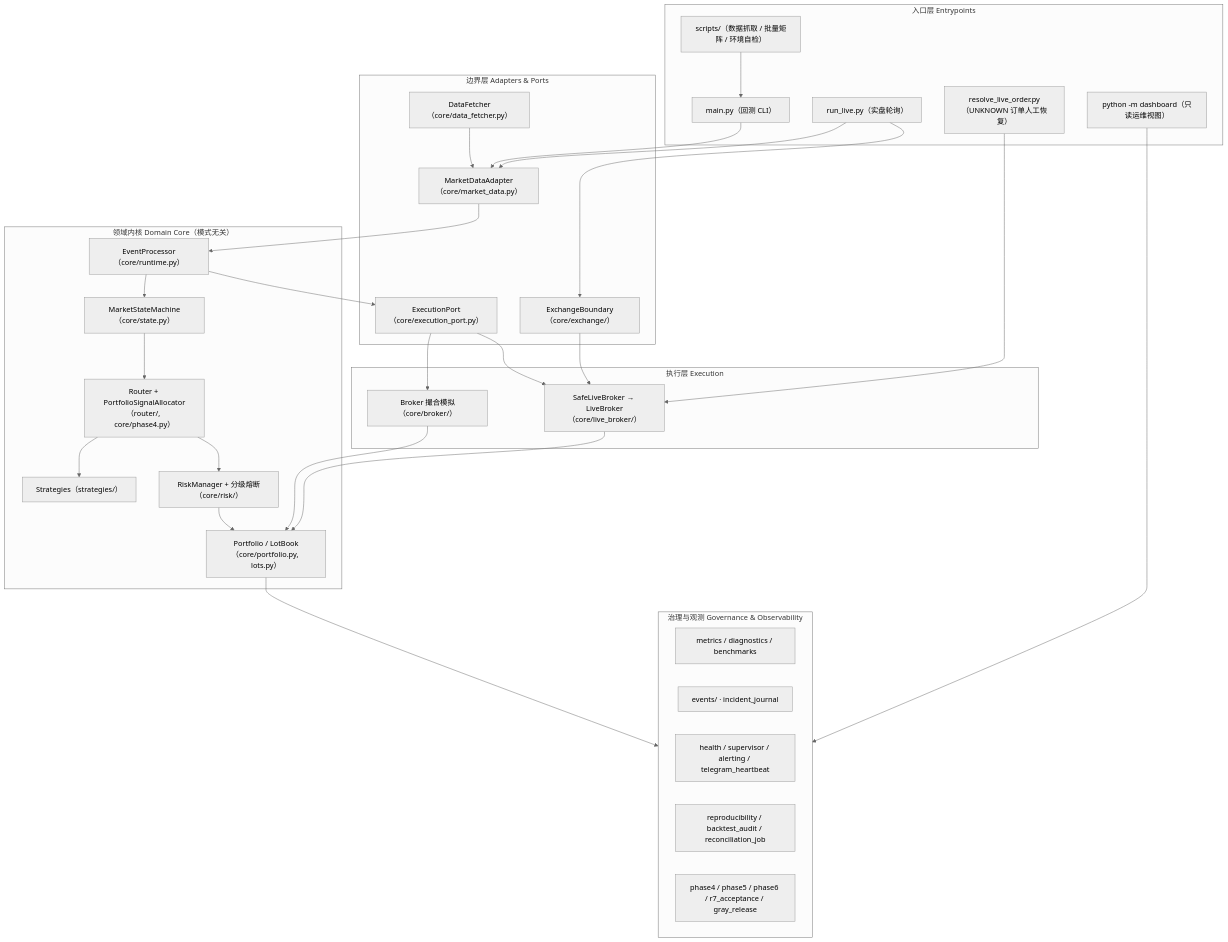
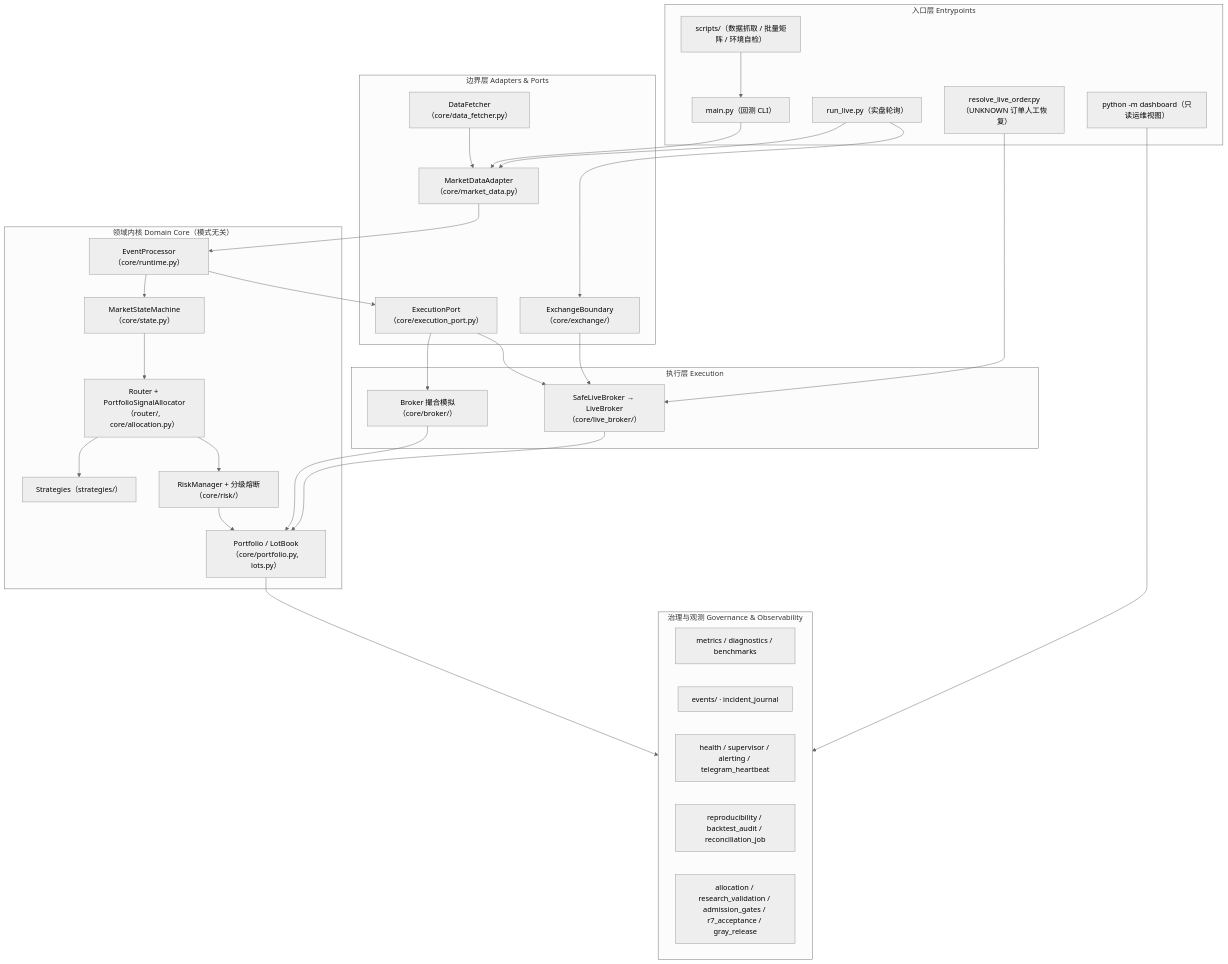
One commit to user-nmmmmm/QuantTradingV2 changed the first of 5 diagrams in README.md. Above: the diagram before and after it, drawn with Mermaid (neutral theme). The commit also changed other lines of this file and 15 other files, not shown here.

First line of the commit message:
Rename roadmap-phase modules after what they do

````diff
--- a/README.md
+++ b/README.md
@@ -64,57 +64,57 @@
 ```mermaid
 flowchart TB
     subgraph ENTRY["入口层 Entrypoints"]
         M["main.py（回测 CLI）"]
         RL["run_live.py（实盘轮询）"]
         RS["resolve_live_order.py（UNKNOWN 订单人工恢复）"]
         DB["python -m dashboard（只读运维视图）"]
         SC["scripts/（数据抓取 / 批量矩阵 / 环境自检）"]
     end
 
     subgraph BOUND["边界层 Adapters & Ports"]
         MDA["MarketDataAdapter（core/market_data.py）"]
         EXP["ExecutionPort（core/execution_port.py）"]
         EB["ExchangeBoundary（core/exchange/）"]
         DF["DataFetcher（core/data_fetcher.py）"]
     end
 
     subgraph KERNEL["领域内核 Domain Core（模式无关）"]
         EP["EventProcessor（core/runtime.py）"]
         SM["MarketStateMachine（core/state.py）"]
-        RT["Router + PortfolioSignalAllocator（router/, core/phase4.py）"]
+        RT["Router + PortfolioSignalAllocator（router/, core/allocation.py）"]
         ST["Strategies（strategies/）"]
         RK["RiskManager + 分级熔断（core/risk/）"]
         PF["Portfolio / LotBook（core/portfolio.py, lots.py）"]
     end
 
     subgraph EXEC["执行层 Execution"]
         BK["Broker 撮合模拟（core/broker/）"]
         LB["SafeLiveBroker → LiveBroker（core/live_broker/）"]
     end
 
     subgraph OBS["治理与观测 Governance & Observability"]
         MT["metrics / diagnostics / benchmarks"]
         EV["events/ · incident_journal"]
         HS["health / supervisor / alerting / telegram_heartbeat"]
         RP["reproducibility / backtest_audit / reconciliation_job"]
-        PH["phase4 / phase5 / phase6 / r7_acceptance / gray_release"]
+        PH["allocation / research_validation / admission_gates / r7_acceptance / gray_release"]
     end
 
     SC --> M
     M --> MDA
     RL --> MDA
     RL --> EB
     DF --> MDA
     MDA --> EP
     EP --> SM --> RT --> ST
     RT --> RK --> PF
     EP --> EXP
     EXP --> BK
     EXP --> LB
     EB --> LB
     BK --> PF
     LB --> PF
     PF --> OBS
     RS --> LB
     DB --> OBS
 ```
````
